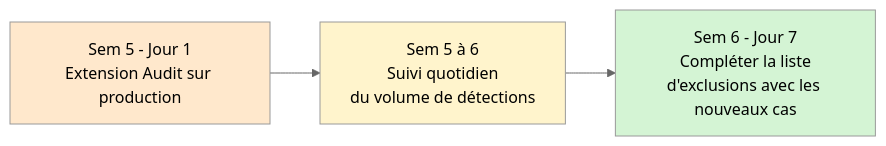
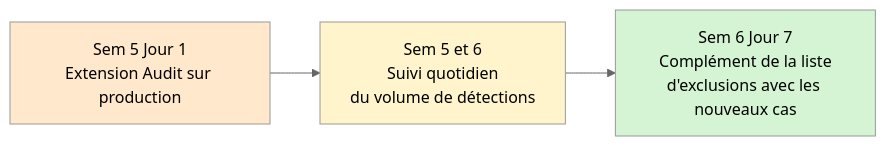
One commit to sebastienmiro/mde-foundations changed the fifth of 8 diagrams in docs/fr/04-plan-deploiement.md. Above: the diagram before and after it, drawn with Mermaid (neutral theme). The commit also changed other lines of this file, not shown here.

````diff
--- a/docs/fr/04-plan-deploiement.md
+++ b/docs/fr/04-plan-deploiement.md
@@ -161,9 +163,9 @@
 ```mermaid
 flowchart LR
-    A[Sem 5 - Jour 1<br/>Extension Audit sur production] --> B[Sem 5 à 6<br/>Suivi quotidien<br/>du volume de détections]
-    B --> C[Sem 6 - Jour 7<br/>Compléter la liste<br/>d'exclusions avec les nouveaux cas]
+    A[Sem 5 Jour 1<br/>Extension Audit sur production] --> B[Sem 5 et 6<br/>Suivi quotidien<br/>du volume de détections]
+    B --> C[Sem 6 Jour 7<br/>Complément de la liste<br/>d'exclusions avec les nouveaux cas]
 
     style A fill:#ffe8cc
     style B fill:#fff4cc
     style C fill:#d4f4d4
 ```
````
